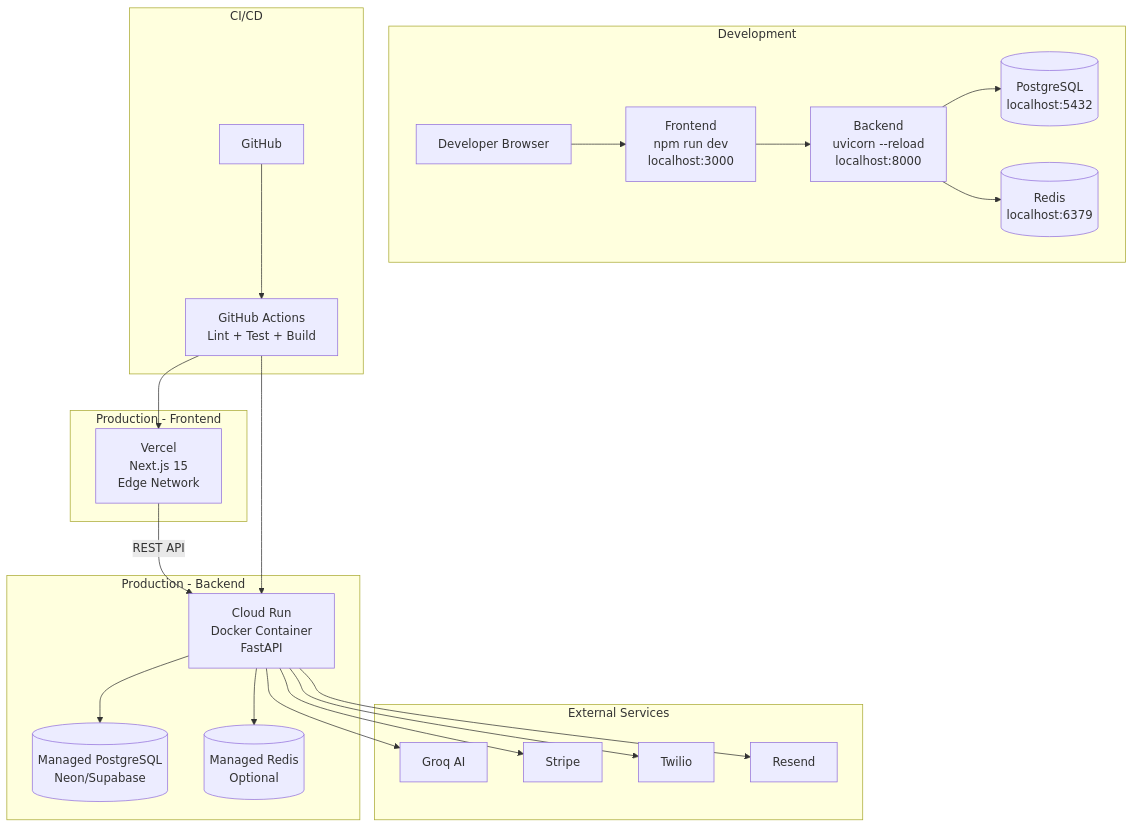
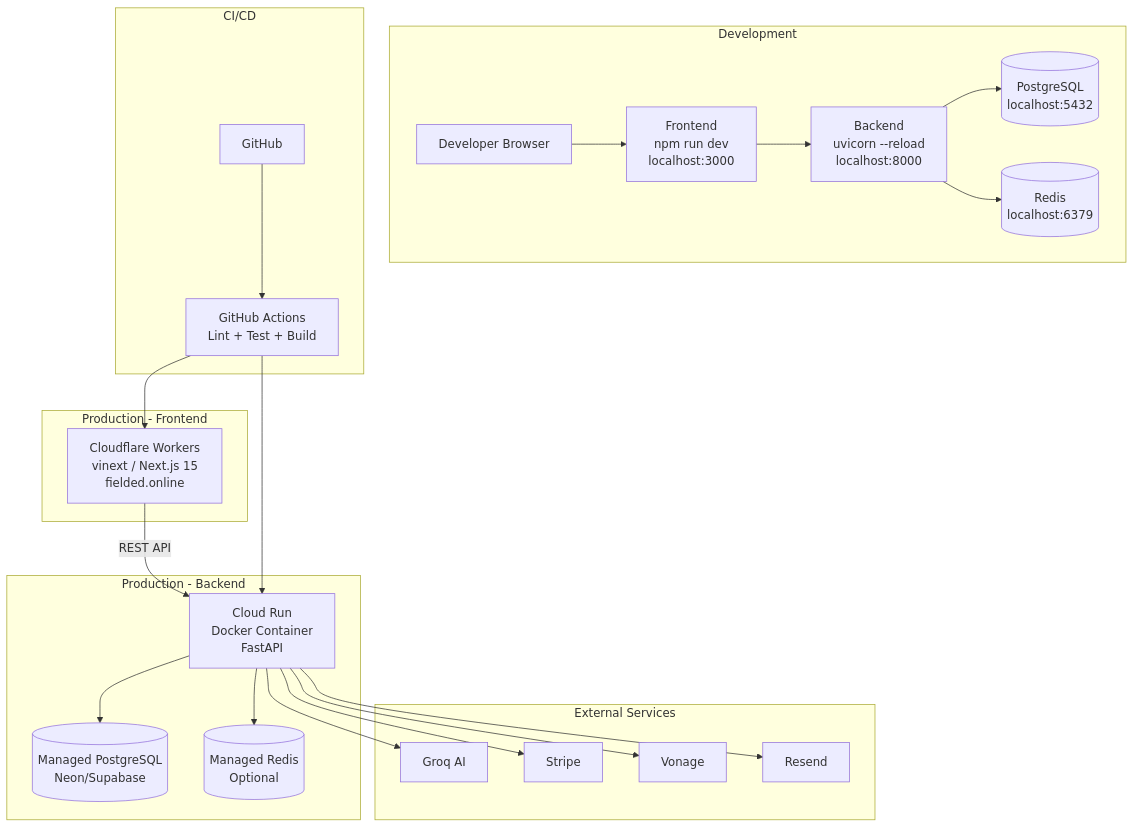
One commit to infamous-rebel/FIELDed.online changed diagram 12 of 18 in docs/fielded/ARCHITECTURE-DIAGRAMS.md. Above: the diagram before and after it, drawn with Mermaid. The commit also changed other lines of this file and 18 other files, not shown here.

Commit message:
docs: update production architecture and verification

````diff
--- a/docs/fielded/ARCHITECTURE-DIAGRAMS.md
+++ b/docs/fielded/ARCHITECTURE-DIAGRAMS.md
@@ -867,50 +870,50 @@
 ```mermaid
 graph TB
     subgraph "Development"
         DevBrowser[Developer Browser]
         DevFrontend[Frontend<br/>npm run dev<br/>localhost:3000]
         DevBackend[Backend<br/>uvicorn --reload<br/>localhost:8000]
         DevDB[(PostgreSQL<br/>localhost:5432)]
         DevRedis[(Redis<br/>localhost:6379)]
     end
     
     subgraph "Production - Frontend"
-        Vercel[Vercel<br/>Next.js 15<br/>Edge Network]
+        CFWorkers[Cloudflare Workers<br/>vinext / Next.js 15<br/>fielded.online]
     end
     
     subgraph "Production - Backend"
         CloudRun[Cloud Run<br/>Docker Container<br/>FastAPI]
         ManagedDB[(Managed PostgreSQL<br/>Neon/Supabase)]
         ManagedRedis[(Managed Redis<br/>Optional)]
     end
     
     subgraph "External Services"
         Groq[Groq AI]
         Stripe[Stripe]
-        Twilio[Twilio]
+        Vonage[Vonage]
         Resend[Resend]
     end
     
     subgraph "CI/CD"
         GitHub[GitHub]
         GitHubActions[GitHub Actions<br/>Lint + Test + Build]
     end
     
     DevBrowser --> DevFrontend
     DevFrontend --> DevBackend
     DevBackend --> DevDB
     DevBackend --> DevRedis
     
-    Vercel -->|REST API| CloudRun
+    CFWorkers -->|REST API| CloudRun
     CloudRun --> ManagedDB
     CloudRun --> ManagedRedis
     
     CloudRun --> Groq
     CloudRun --> Stripe
-    CloudRun --> Twilio
+    CloudRun --> Vonage
     CloudRun --> Resend
     
     GitHub --> GitHubActions
-    GitHubActions --> Vercel
+    GitHubActions --> CFWorkers
     GitHubActions --> CloudRun
 ```
````
